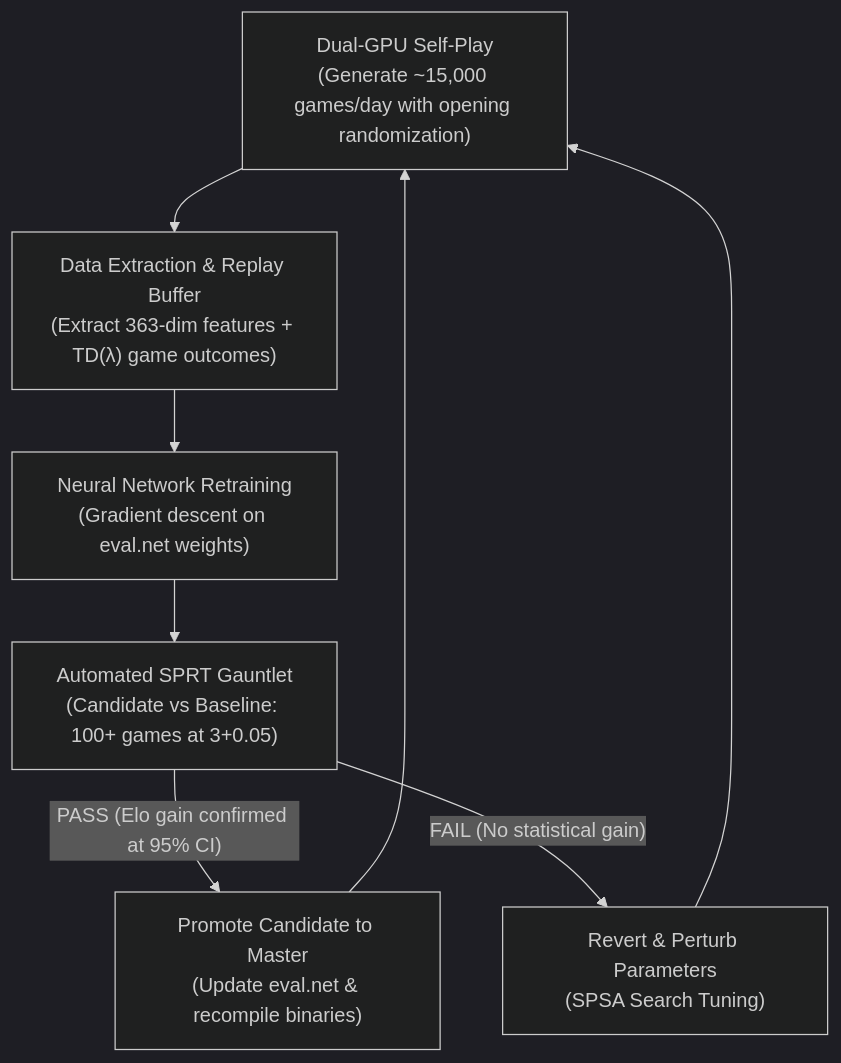
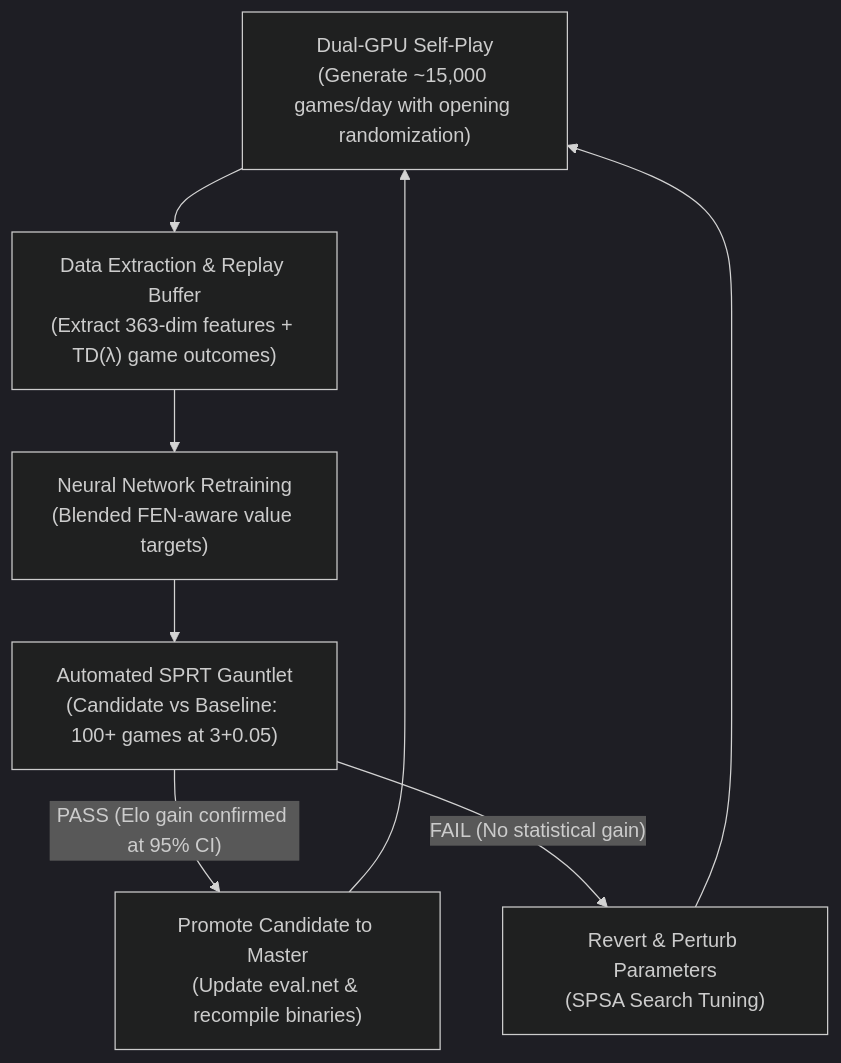
Before and after one commit to tedsummers/GiraffeGPU: the second of 2 diagrams in README.md, drawn with Mermaid (dark theme). The commit also changed other lines of this file and 20 other files, not shown here.

````diff
--- a/README.md
+++ b/README.md
@@ -325,10 +358,10 @@
 ```mermaid
 flowchart TD
     A["Dual-GPU Self-Play\n(Generate ~15,000 games/day with opening randomization)"] --> B["Data Extraction & Replay Buffer\n(Extract 363-dim features + TD(λ) game outcomes)"]
-    B --> C["Neural Network Retraining\n(Gradient descent on eval.net weights)"]
+    B --> C["Neural Network Retraining\n(Blended FEN-aware value targets)"]
     C --> D["Automated SPRT Gauntlet\n(Candidate vs Baseline: 100+ games at 3+0.05)"]
     D -- "PASS (Elo gain confirmed at 95% CI)" --> E["Promote Candidate to Master\n(Update eval.net & recompile binaries)"]
     D -- "FAIL (No statistical gain)" --> F["Revert & Perturb Parameters\n(SPSA Search Tuning)"]
     E --> A
     F --> A
 ```
````
